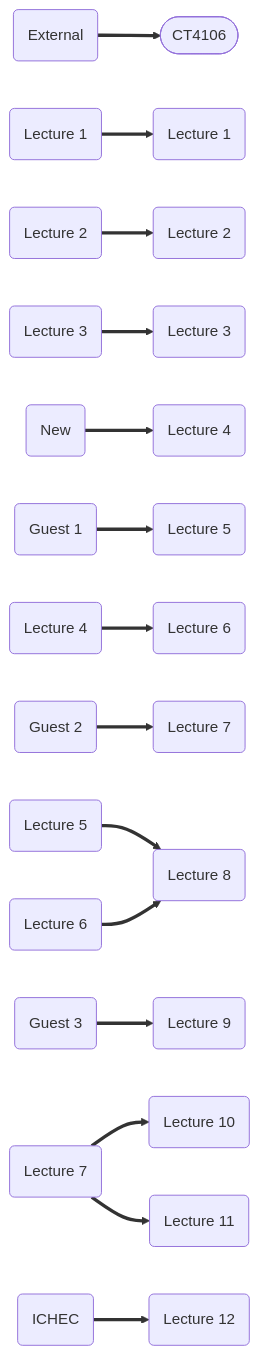
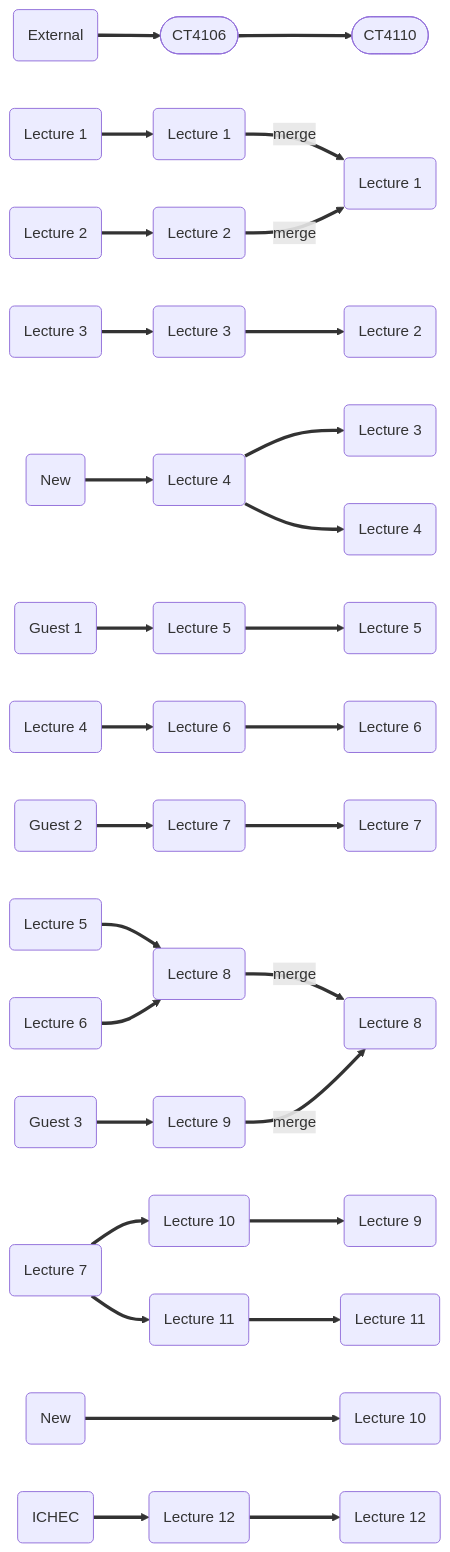
Before and after one commit to ICHEC/qpcc: the diagram in README.md, drawn with Mermaid. The commit also changed other lines of this file, not shown here.

Commit message:
new lectures map in REAMDE for CT4100

````diff
--- a/README.md
+++ b/README.md
@@ -6,15 +9,19 @@
 ```mermaid
 graph LR
-Old("External") ==> New(["CT4106"])
-1o(Lecture 1) ==> 1n(Lecture 1)
-2o(Lecture 2) ==> 2n(Lecture 2) 
-3o(Lecture 3) ==> 3n(Lecture 3)
-new1("New") ==> 4n(Lecture 4)
-new2("Guest 1") ==> 5n(Lecture 5)
-4o(Lecture 4) ==> 6n(Lecture 6)
-new3("Guest 2") ==> 7n(Lecture 7)
-5o(Lecture 5) & 6o(Lecture 6) ==> 8n(Lecture 8)
-new4("Guest 3") ==> 9n(Lecture 9)
+Old("External") ==> New(["CT4106"]) ==> New1(["CT4110"])
+1o(Lecture 1) ==> 1n(Lecture 1) ==merge==> l1(Lecture 1)
+2o(Lecture 2) ==> 2n(Lecture 2) ==merge==> l1(Lecture 1)
+3o(Lecture 3) ==> 3n(Lecture 3) ==> l2(Lecture 2)
+new1("New") ==> 4n(Lecture 4) ==> l3(Lecture 3) & l4(Lecture 4)
+new2("Guest 1") ==> 5n(Lecture 5) ==> l5(Lecture 5)
+4o(Lecture 4) ==> 6n(Lecture 6) ==> l6(Lecture 6)
+new3("Guest 2") ==> 7n(Lecture 7) ==> l7(Lecture 7)
+5o(Lecture 5) & 6o(Lecture 6) ==> 8n(Lecture 8) ==merge==> l8(Lecture 8)
+new4("Guest 3") ==> 9n(Lecture 9) ==merge==> l8
 7o(Lecture 7) ==> 10n(Lecture 10) & 11n(Lecture 11)
-new5("ICHEC") ==> 12n(Lecture 12)
+10n ==> l9(Lecture 9)
+new5("New") ===> l10(Lecture 10)
+11n ==> l11(Lecture 11)
+new6("ICHEC") ==> 12n(Lecture 12) ==> l12(Lecture 12)
+
 ```
````
